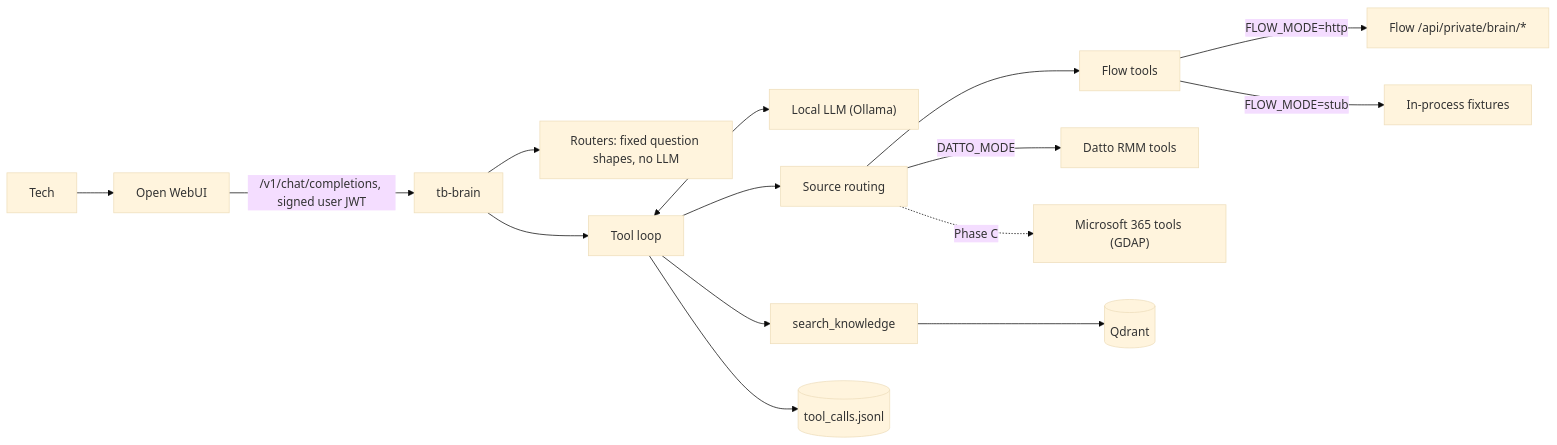
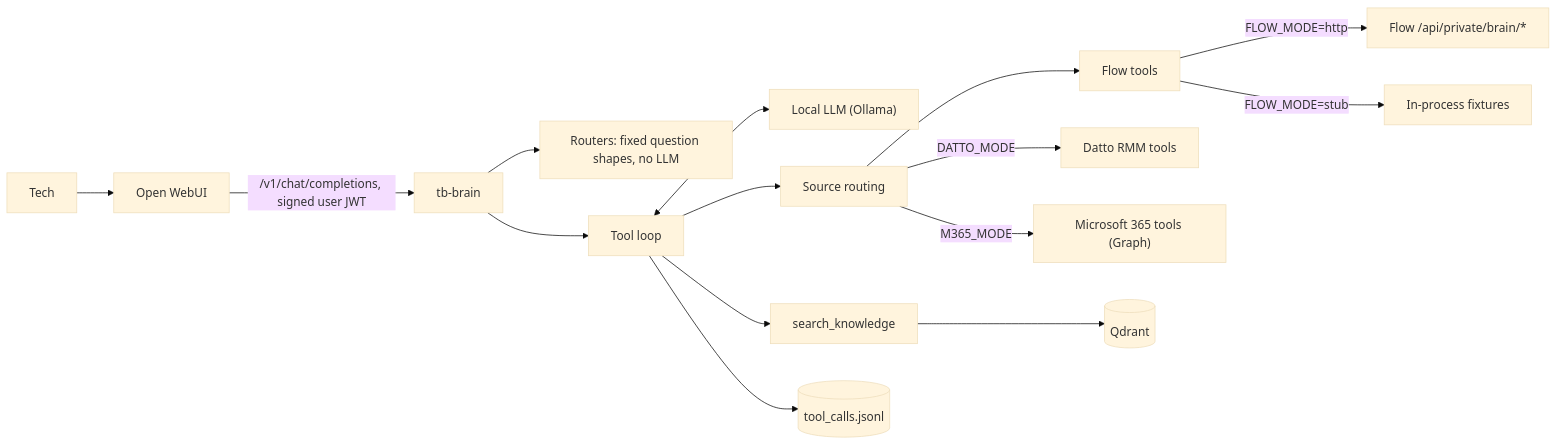
One commit to Tre-Seibert/TechBldrs-Brain changed the diagram in README.md. Above: the diagram before and after it, drawn with Mermaid (base theme). The commit also changed other lines of this file and 39 other files, not shown here.

````diff
--- a/README.md
+++ b/README.md
@@ -48,17 +49,17 @@
 ```mermaid
 flowchart LR
   tech[Tech] --> webui[Open WebUI]
   webui -->|"/v1/chat/completions, signed user JWT"| brain[tb-brain]
   brain --> routers["Routers: fixed question shapes, no LLM"]
   brain --> loop["Tool loop"]
   loop <--> llm["Local LLM (Ollama)"]
   loop --> routing["Source routing"]
   routing --> flow["Flow tools"]
   routing -->|"DATTO_MODE"| datto["Datto RMM tools"]
-  routing -.->|"Phase C"| m365["Microsoft 365 tools (GDAP)"]
+  routing -->|"M365_MODE"| m365["Microsoft 365 tools (Graph)"]
   loop --> knowledge["search_knowledge"]
   flow -->|"FLOW_MODE=http"| flowapi["Flow /api/private/brain/*"]
   flow -->|"FLOW_MODE=stub"| fixtures["In-process fixtures"]
   knowledge --> qdrant[(Qdrant)]
   loop --> audit[("tool_calls.jsonl")]
 ```
````
